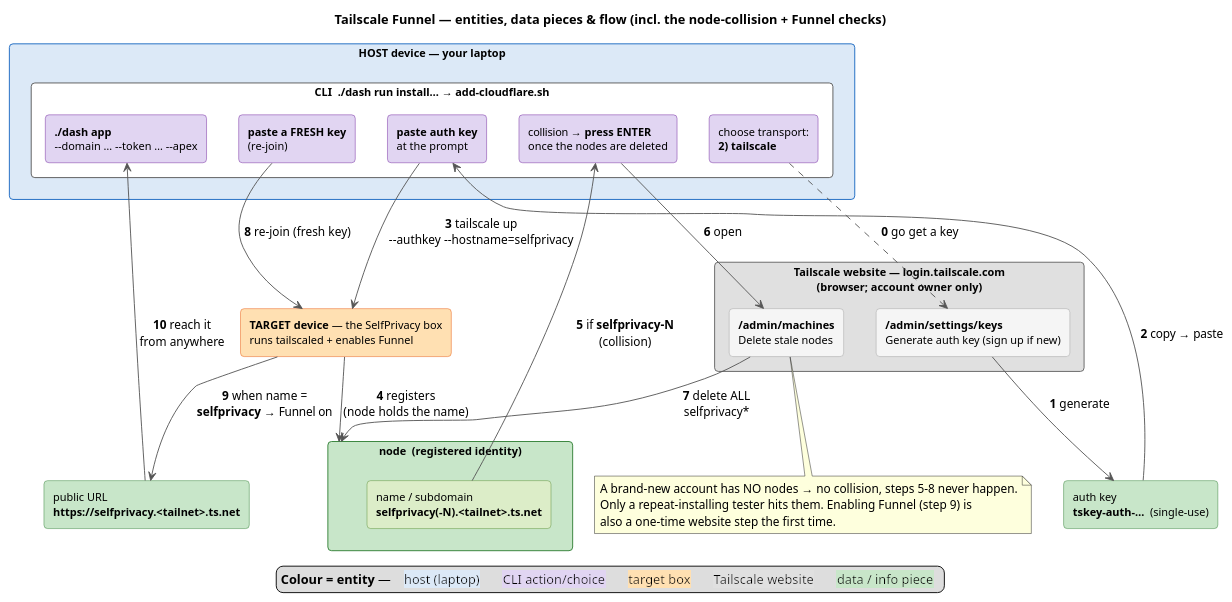
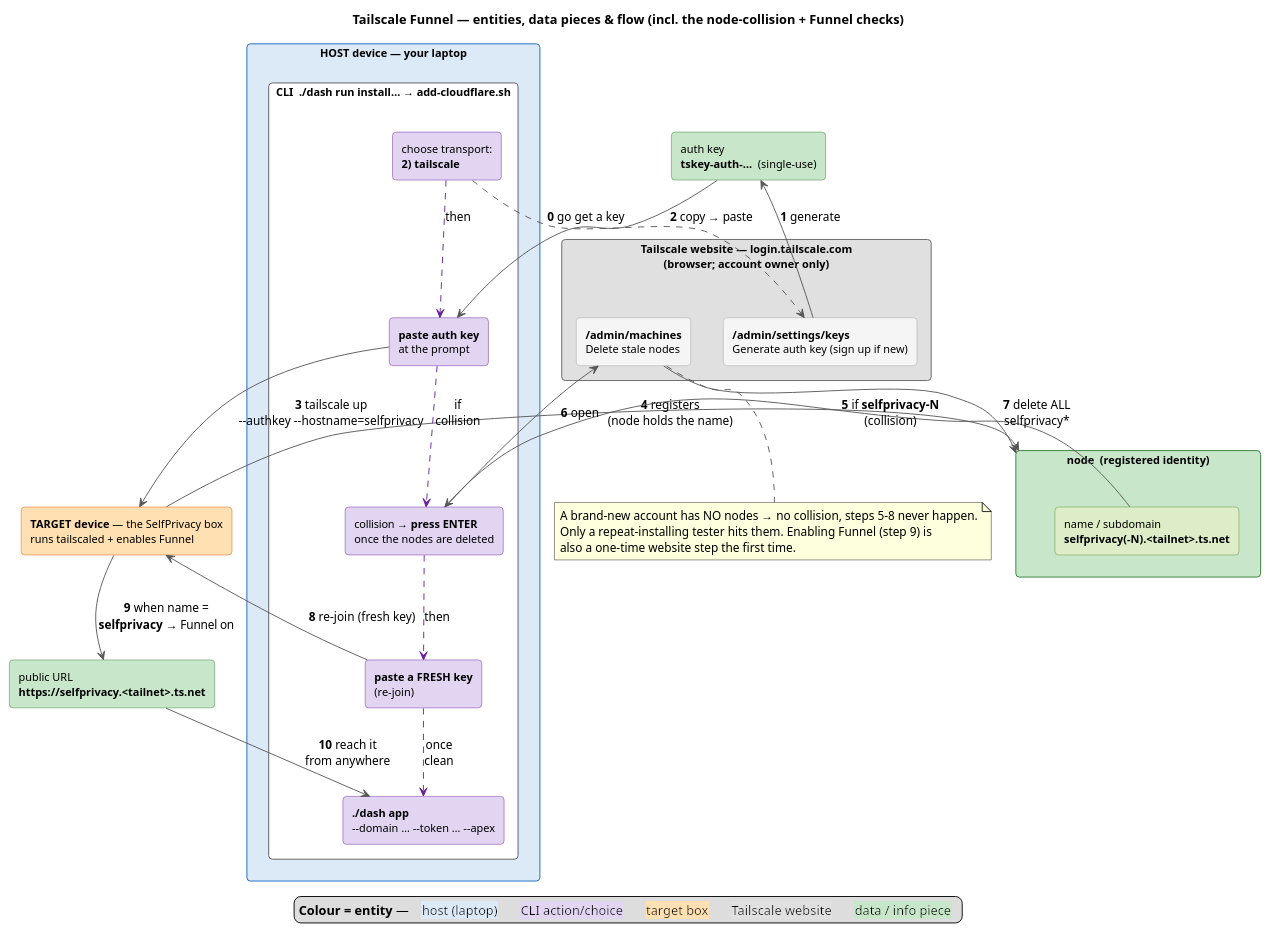
One commit to selfprivacy-over-alternative-nets/dev-dashboard changed the diagram in docs/tailscale.puml. Above: the diagram before and after it, drawn with PlantUML. The commit also changed 12 other files, not shown here.

First line of the commit message:
dash: CLI-flow + tunneling diagrams, --expert-mode default, reqs 160-167

```diff
--- a/docs/tailscale.puml
+++ b/docs/tailscale.puml
@@ -1,64 +1,70 @@
 @startuml tailscale
 ' Tailscale Funnel — WHO does WHAT and WHICH pieces of data move, grouped by entity.
 ' Colour = entity type (see legend):
 '   blue  = HOST device (your laptop)  ⊃  white CLI  ⊃  purple CLI actions/choices
 '   orange = TARGET device (the SelfPrivacy box)
 '   gray  = Tailscale website (login.tailscale.com) — the TWO URLs you visit
 '   green = information pieces (auth key, node, name/subdomain, public URL)
 ' Numbered arrows give the order. Rendered to tailscale.svg by docs/render-diagrams.sh (pinned plantuml).
 title Tailscale Funnel — entities, data pieces & flow (incl. the node-collision + Funnel checks)
 
 skinparam shadowing false
 skinparam defaultFontName Helvetica
 skinparam ArrowColor #555555
 skinparam rectangle {
   FontSize 12
   roundCorner 8
 }
 
 rectangle "**HOST device** — your laptop" as HOST #DCE9F7;line:1565C0 {
   rectangle "**CLI**  ./dash run install… → add-cloudflare.sh" as CLI #FFFFFF;line:555555 {
     rectangle "choose transport:\n**2) tailscale**" as P1 #E1D5F2;line:6A1B9A
     rectangle "**paste auth key**\nat the prompt" as P2 #E1D5F2;line:6A1B9A
     rectangle "collision → **press ENTER**\nonce the nodes are deleted" as P3 #E1D5F2;line:6A1B9A
     rectangle "**paste a FRESH key**\n(re-join)" as P4 #E1D5F2;line:6A1B9A
     rectangle "**./dash app**\n~--domain … ~--token … ~--apex" as P5 #E1D5F2;line:6A1B9A
   }
 }
 
 rectangle "**Tailscale website** — login.tailscale.com\n(browser; account owner only)" as WEB #E0E0E0;line:616161 {
   rectangle "**/admin/settings/keys**\nGenerate auth key (sign up if new)" as WKEYS #F5F5F5;line:9E9E9E
   rectangle "**/admin/machines**\nDelete stale nodes" as WMACH #F5F5F5;line:9E9E9E
 }
 
 rectangle "**TARGET device** — the SelfPrivacy box\nruns tailscaled + enables Funnel" as TARGET #FFE0B2;line:E65100
 
 rectangle "auth key\n**tskey-auth-…**  (single-use)" as IKEY #C8E6C9;line:2E7D32
 rectangle "**node**  (registered identity)" as INODE #C8E6C9;line:2E7D32 {
   rectangle "name / subdomain\n**selfprivacy(-N).<tailnet>.ts.net**" as INAME #DCEDC8;line:558B2F
 }
 rectangle "public URL\n**https://selfprivacy.<tailnet>.ts.net**" as IURL #C8E6C9;line:2E7D32
 
 P1 ..> WKEYS   : **0** go get a key
 WKEYS --> IKEY : **1** generate
 IKEY --> P2    : **2** copy → paste
 P2 --> TARGET  : **3** tailscale up\n~--authkey ~--hostname=selfprivacy
 TARGET --> INODE : **4** registers\n(node holds the name)
 INAME --> P3   : **5** if **selfprivacy-N**\n(collision)
 P3 --> WMACH   : **6** open
 WMACH --> INODE : **7** delete ALL\nselfprivacy*
 P4 --> TARGET  : **8** re-join (fresh key)
 TARGET --> IURL : **9** when name =\n**selfprivacy** → Funnel on
 IURL --> P5    : **10** reach it\nfrom anywhere
 
+' Order the USER meets the CLI prompts (dashed purple). P3+P4 happen ONLY on a name collision.
+P1 -[#6A1B9A,dashed]-> P2 : then
+P2 -[#6A1B9A,dashed]-> P3 : if\ncollision
+P3 -[#6A1B9A,dashed]-> P4 : then
+P4 -[#6A1B9A,dashed]-> P5 : once\nclean
+
 note bottom of WMACH
   A brand-new account has NO nodes → no collision, steps 5-8 never happen.
   Only a repeat-installing tester hits them. Enabling Funnel (step 9) is
   also a one-time website step the first time.
 end note
 
 legend bottom
   **Colour = entity** —  <back:#DCE9F7>  host (laptop)  </back>   <back:#E1D5F2>  CLI action/choice  </back>   <back:#FFE0B2>  target box  </back>   <back:#E0E0E0>  Tailscale website  </back>   <back:#C8E6C9>  data / info piece  </back>
 endlegend
 
 @enduml
```
